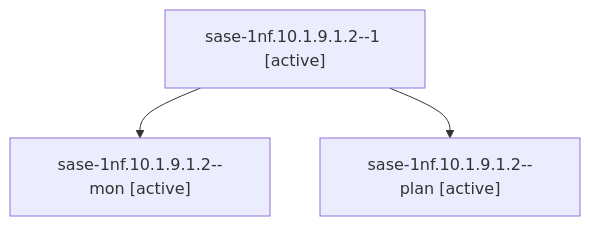
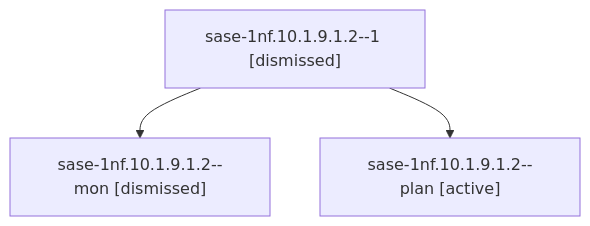
Before and after one commit to sase-org/sase--agents: the diagram in sessions/bbugyi200.athena.sase-1nf.10.1.9.1.2.md, drawn with Mermaid. The commit also changed other lines of this file and 347 other files, not shown here.

````diff
--- a/sessions/bbugyi200.athena.sase-1nf.10.1.9.1.2.md
+++ b/sessions/bbugyi200.athena.sase-1nf.10.1.9.1.2.md
@@ -9,8 +9,8 @@
 ```mermaid
 flowchart TD
-  n0["sase-1nf.10.1.9.1.2--1 [active]"]
-  n1["sase-1nf.10.1.9.1.2--mon [active]"]
+  n0["sase-1nf.10.1.9.1.2--1 [dismissed]"]
+  n1["sase-1nf.10.1.9.1.2--mon [dismissed]"]
   n0 --> n1
   n2["sase-1nf.10.1.9.1.2--plan [active]"]
   n0 --> n2
 ```
````
